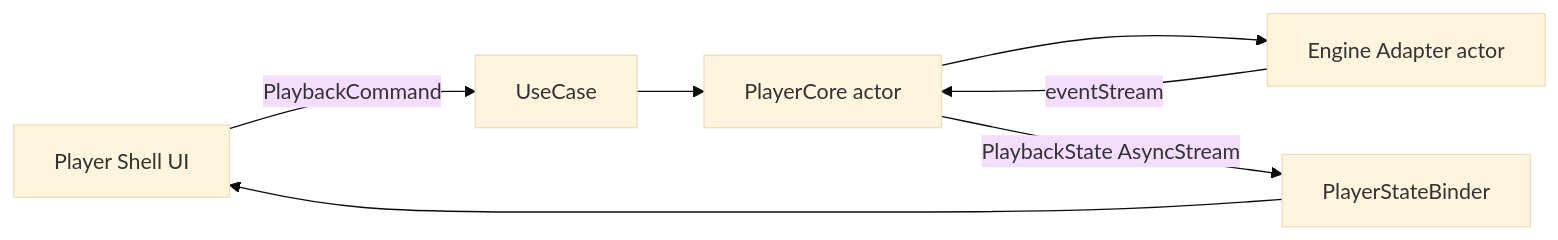
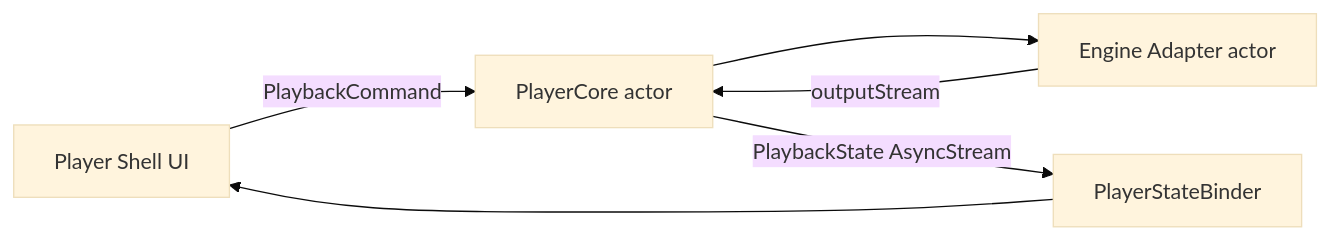
One commit to megastudymobile/ms-videoplayer-ios changed the third of 10 diagrams in docs/blog/05-player-modularization.md. Above: the diagram before and after it, drawn with Mermaid (base theme). The commit also changed other lines of this file and 3 other files, not shown here.

````diff
--- a/docs/blog/05-player-modularization.md
+++ b/docs/blog/05-player-modularization.md
@@ -173,9 +172,8 @@
 ```mermaid
 flowchart LR
-    Shell[Player Shell UI] -->|PlaybackCommand| UC[UseCase]
-    UC --> Core[PlayerCore actor]
+    Shell[Player Shell UI] -->|PlaybackCommand| Core[PlayerCore actor]
     Core --> Engine[Engine Adapter actor]
-    Engine -->|eventStream| Core
+    Engine -->|outputStream| Core
     Core -->|PlaybackState AsyncStream| Binder[PlayerStateBinder]
 Binder --> Shell
 ```
````
